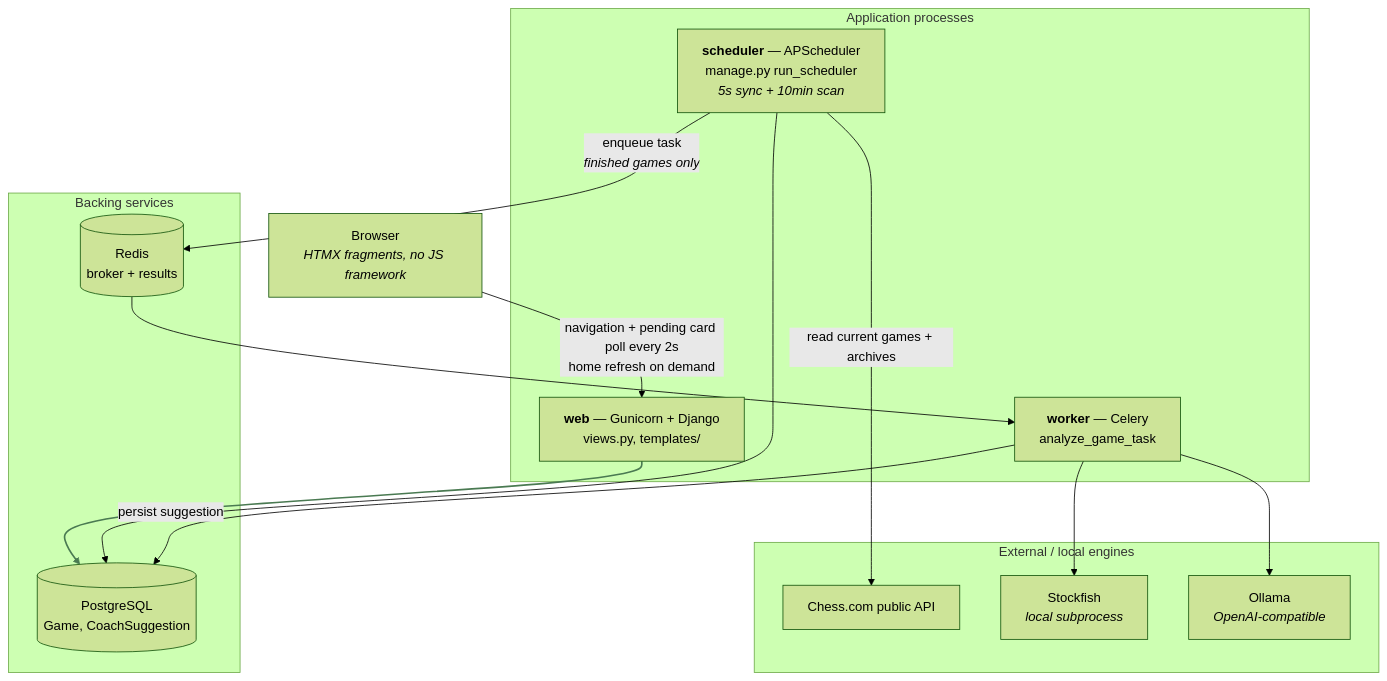
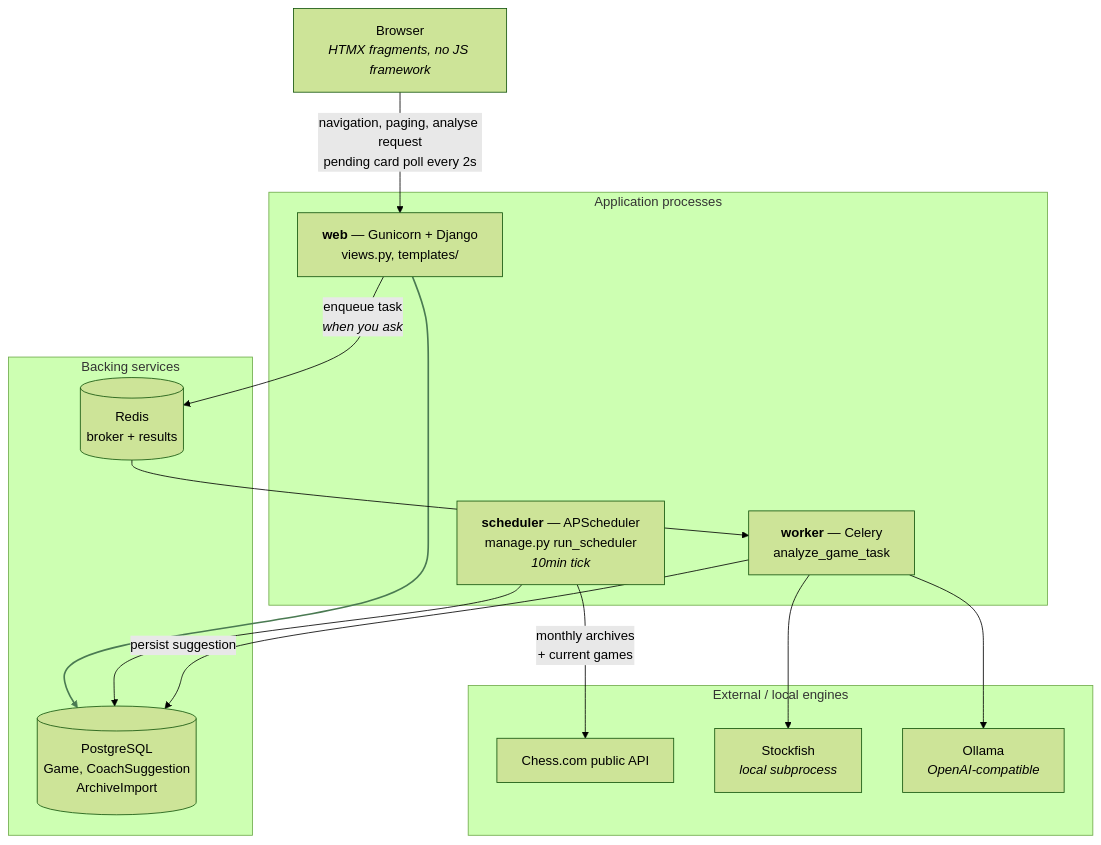
Before and after one commit to gab-25/chessdotcom_ai_coach: the first of 2 diagrams in docs/architecture.md, drawn with Mermaid (forest theme). The commit also changed other lines of this file and 27 other files, not shown here.

````diff
--- a/docs/architecture.md
+++ b/docs/architecture.md
@@ -20,33 +27,33 @@
 ```mermaid
 graph TD
     Browser["Browser<br/><i>HTMX fragments, no JS framework</i>"]
 
     subgraph app["Application processes"]
         Web["<b>web</b> — Gunicorn + Django<br/>views.py, templates/"]
-        Sched["<b>scheduler</b> — APScheduler<br/>manage.py run_scheduler<br/><i>5s sync + 10min scan</i>"]
+        Sched["<b>scheduler</b> — APScheduler<br/>manage.py run_scheduler<br/><i>10min tick</i>"]
         Worker["<b>worker</b> — Celery<br/>analyze_game_task"]
     end
 
     subgraph infra["Backing services"]
-        PG[("PostgreSQL<br/>Game, CoachSuggestion")]
+        PG[("PostgreSQL<br/>Game, CoachSuggestion<br/>ArchiveImport")]
         Redis[("Redis<br/>broker + results")]
     end
 
     subgraph ext["External / local engines"]
         ChessCom["Chess.com public API"]
         SF["Stockfish<br/><i>local subprocess</i>"]
         LLM["Ollama<br/><i>OpenAI-compatible</i>"]
     end
 
-    Browser -->|"navigation + pending card poll every 2s<br/>home refresh on demand"| Web
+    Browser -->|"navigation, paging, analyse request<br/>pending card poll every 2s"| Web
     Web --> PG
-    Sched -->|"read current games + archives"| ChessCom
+    Sched -->|"monthly archives<br/>+ current games"| ChessCom
     Sched --> PG
-    Sched -->|"enqueue task<br/><i>finished games only</i>"| Redis
+    Web -->|"enqueue task<br/><i>when you ask</i>"| Redis
     Redis --> Worker
     Worker --> SF
     Worker --> LLM
     Worker -->|"persist suggestion"| PG
 
     linkStyle 1 stroke:#4a7a52,stroke-width:2px
 ```
````
